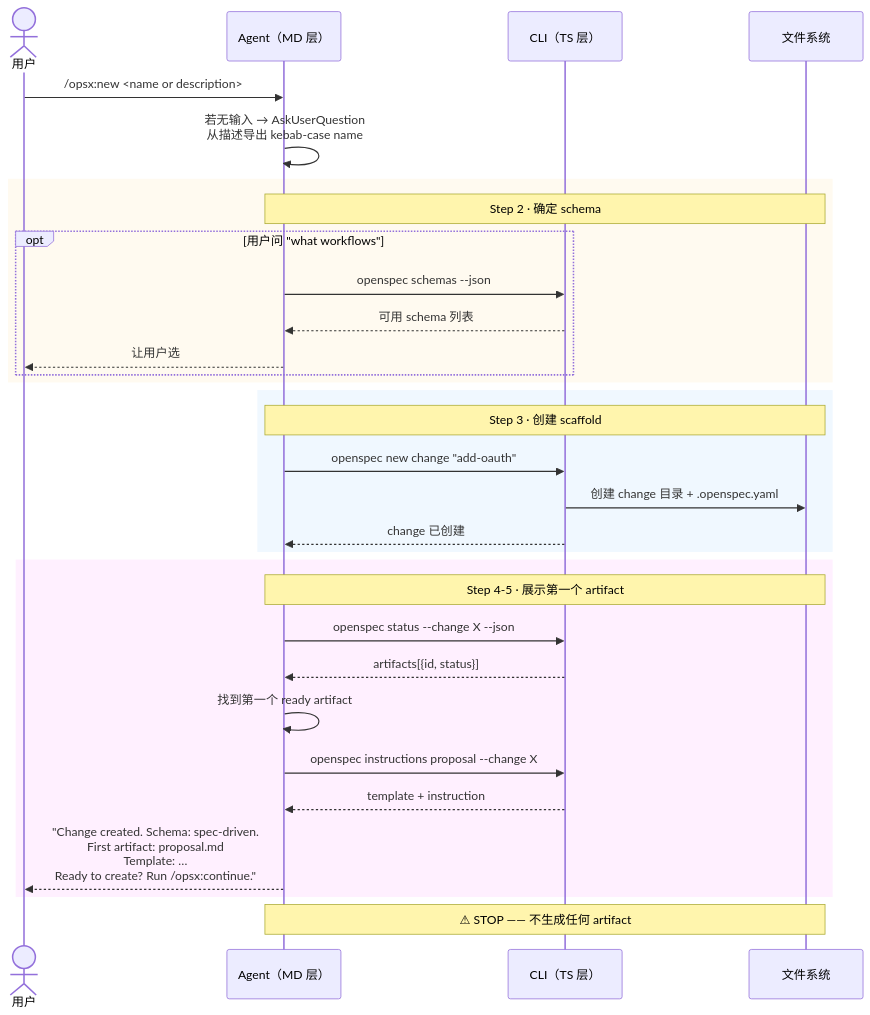
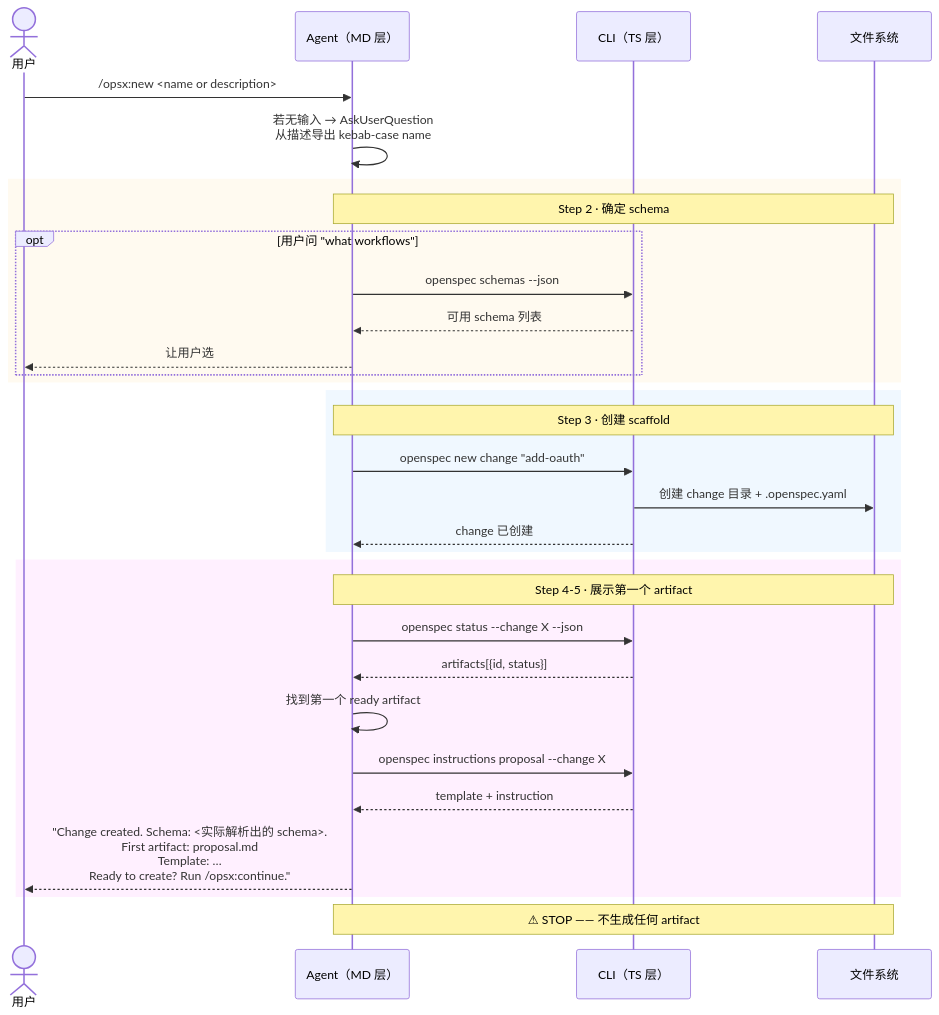
One commit to ethan-jiang-3/OpenSpec changed the diagram in _digested/workflows/03-new.md. Above: the diagram before and after it, drawn with Mermaid. The commit also changed other lines of this file and 22 other files, not shown here.

````diff
--- a/_digested/workflows/03-new.md
+++ b/_digested/workflows/03-new.md
@@ -39,38 +39,38 @@
 ```mermaid
 sequenceDiagram
     actor User as 用户
     participant MD as Agent（MD 层）
     participant TS as CLI（TS 层）
     participant FS as 文件系统
 
     User->>MD: /opsx:new <name or description>
     MD->>MD: 若无输入 → AskUserQuestion<br/>从描述导出 kebab-case name
 
     rect rgb(255, 250, 240)
         Note over MD,FS: Step 2 · 确定 schema
         opt 用户问 "what workflows"
             MD->>TS: openspec schemas --json
             TS-->>MD: 可用 schema 列表
             MD-->>User: 让用户选
         end
     end
 
     rect rgb(240, 248, 255)
         Note over MD,FS: Step 3 · 创建 scaffold
         MD->>TS: openspec new change "add-oauth"
         TS->>FS: 创建 change 目录 + .openspec.yaml
         TS-->>MD: change 已创建
     end
 
     rect rgb(255, 240, 255)
         Note over MD,FS: Step 4-5 · 展示第一个 artifact
         MD->>TS: openspec status --change X --json
         TS-->>MD: artifacts[{id, status}]
         MD->>MD: 找到第一个 ready artifact
         MD->>TS: openspec instructions proposal --change X
         TS-->>MD: template + instruction
-        MD-->>User: "Change created. Schema: spec-driven.<br/>First artifact: proposal.md<br/>Template: …<br/>Ready to create? Run /opsx:continue."
+        MD-->>User: "Change created. Schema: <实际解析出的 schema>.<br/>First artifact: proposal.md<br/>Template: …<br/>Ready to create? Run /opsx:continue."
     end
 
     Note over MD,FS: ⚠ STOP —— 不生成任何 artifact
 ```
````
